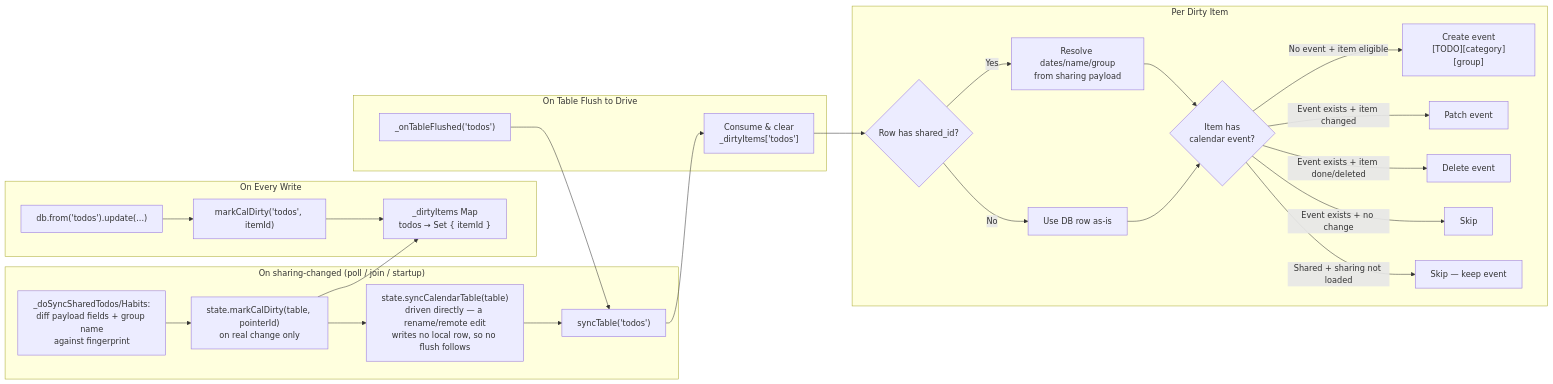
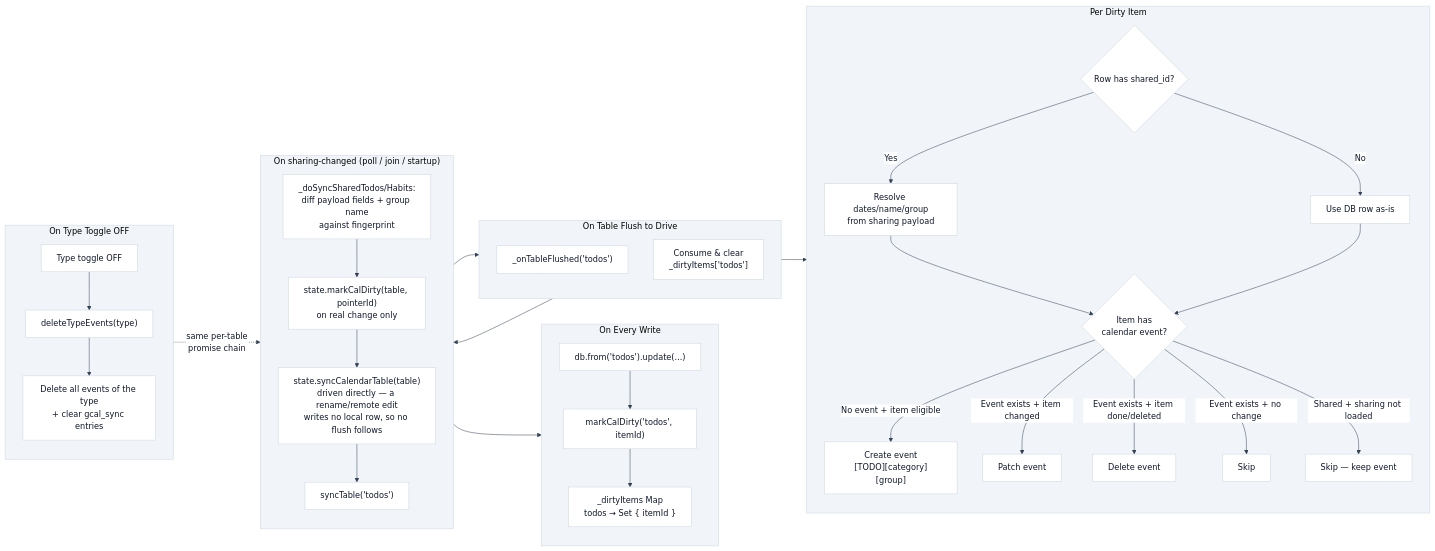
One commit to AntGro/DeLaClaw changed the seventh of 8 diagrams in docs-site/sync-architecture.md. Above: the diagram before and after it, drawn with Mermaid. The commit also changed other lines of this file and 13 other files, not shown here.

````diff
--- a/docs-site/sync-architecture.md
+++ b/docs-site/sync-architecture.md
@@ -422,39 +449,55 @@
 ```mermaid
+%%{init: {'theme': 'base', 'themeVariables': {'background': '#fbfaf8', 'primaryColor': '#ffffff', 'primaryBorderColor': '#cbd5e1', 'primaryTextColor': '#0f172a', 'lineColor': '#334155', 'clusterBkg': '#f1f5f9', 'clusterBorder': '#cbd5e1'}}}%%
 flowchart LR
     subgraph Writes["On Every Write"]
+        direction TB
         W1["db.from('todos').update(...)"]
         W2["markCalDirty('todos', itemId)"]
         W1 --> W2
         W2 --> DS["_dirtyItems Map<br/>todos → Set { itemId }"]
     end
 
     subgraph Shared["On sharing-changed (poll / join / startup)"]
+        direction TB
         S1["_doSyncSharedTodos/Habits:<br/>diff payload fields + group name<br/>against fingerprint"]
         S2["state.markCalDirty(table, pointerId)<br/>on real change only"]
         S3["state.syncCalendarTable(table)<br/>driven directly — a rename/remote edit<br/>writes no local row, so no flush follows"]
         S1 --> S2
         S2 --> DS
         S2 --> S3
         S3 --> F2
     end
 
     subgraph Flush["On Table Flush to Drive"]
+        direction TB
         F1["_onTableFlushed('todos')"]
         F2["syncTable('todos')"]
         F1 --> F2
         F2 --> DS2["Consume & clear<br/>_dirtyItems['todos']"]
     end
 
     subgraph Sync["Per Dirty Item"]
+        direction TB
         DS2 --> RES{"Row has shared_id?"}
         RES -->|"Yes"| PAYLOAD["Resolve dates/name/group<br/>from sharing payload"]
         RES -->|"No"| ROW["Use DB row as-is"]
         PAYLOAD --> CHECK{"Item has<br/>calendar event?"}
         ROW --> CHECK
         CHECK -->|"No event + item eligible"| CREATE["Create event<br/>[TODO][category][group]"]
         CHECK -->|"Event exists + item changed"| PATCH["Patch event"]
         CHECK -->|"Event exists + item done/deleted"| DELETE["Delete event"]
         CHECK -->|"Event exists + no change"| SKIP["Skip"]
         CHECK -->|"Shared + sharing not loaded"| SKIP2["Skip — keep event"]
     end
+
+    subgraph ToggleOff["On Type Toggle OFF"]
+        direction TB
+        T1["Type toggle OFF"]
+        T2["deleteTypeEvents(type)"]
+        T3["Delete all events of the type<br/>+ clear gcal_sync entries"]
+        T1 --> T2
+        T2 --> T3
+    end
+
+    T2 -.->|"same per-table<br/>promise chain"| F2
 ```
````
